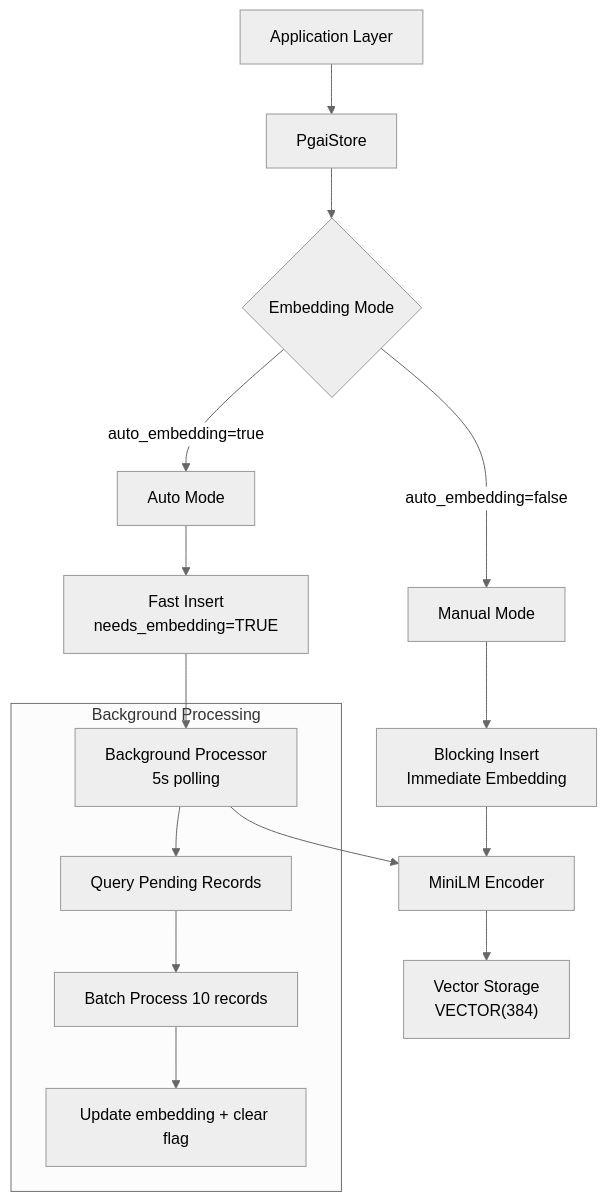
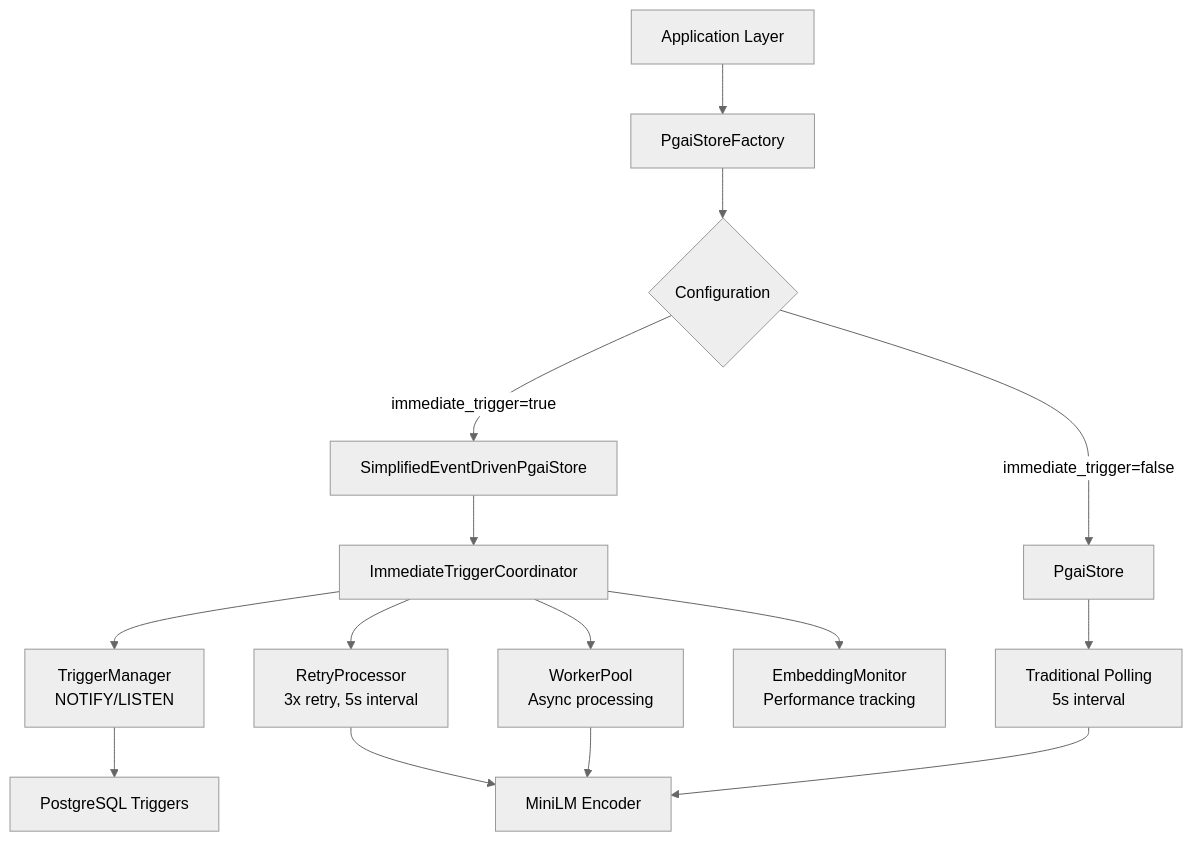
Before and after one commit to memfuse/memfuse: the first of 7 diagrams in docs/architecture/pgai.md, drawn with Mermaid (neutral theme). The commit also changed other lines of this file and 34 other files, not shown here.

First line of the commit message:
feat(store): implement immediate trigger system for pgai store

````diff
--- a/docs/architecture/pgai.md
+++ b/docs/architecture/pgai.md
@@ -37,22 +41,20 @@
 ```mermaid
 graph TB
-    A[Application Layer] --> B[PgaiStore]
-    B --> C{Embedding Mode}
-    C -->|auto_embedding=true| D[Auto Mode]
-    C -->|auto_embedding=false| E[Manual Mode]
+    A[Application Layer] --> B[PgaiStoreFactory]
+    B --> C{Configuration}
+    C -->|immediate_trigger=true| D[SimplifiedEventDrivenPgaiStore]
+    C -->|immediate_trigger=false| E[PgaiStore]
 
-    D --> F[Fast Insert<br/>needs_embedding=TRUE]
-    F --> G[Background Processor<br/>5s polling]
-    G --> H[MiniLM Encoder]
+    D --> F[ImmediateTriggerCoordinator]
+    F --> G[TriggerManager<br/>NOTIFY/LISTEN]
+    F --> H[RetryProcessor<br/>3x retry, 5s interval]
+    F --> I[WorkerPool<br/>Async processing]
+    F --> J[EmbeddingMonitor<br/>Performance tracking]
 
-    E --> I[Blocking Insert<br/>Immediate Embedding]
-    I --> H
+    E --> K[Traditional Polling<br/>5s interval]
 
-    H --> J["Vector Storage<br/>VECTOR(384)"]
-
-    subgraph "Background Processing"
-        G --> K[Query Pending Records]
-        K --> L[Batch Process 10 records]
-        L --> M[Update embedding + clear flag]
-    end
+    G --> L[PostgreSQL Triggers]
+    H --> M[MiniLM Encoder]
+    I --> M
+    K --> M
 ```
````
